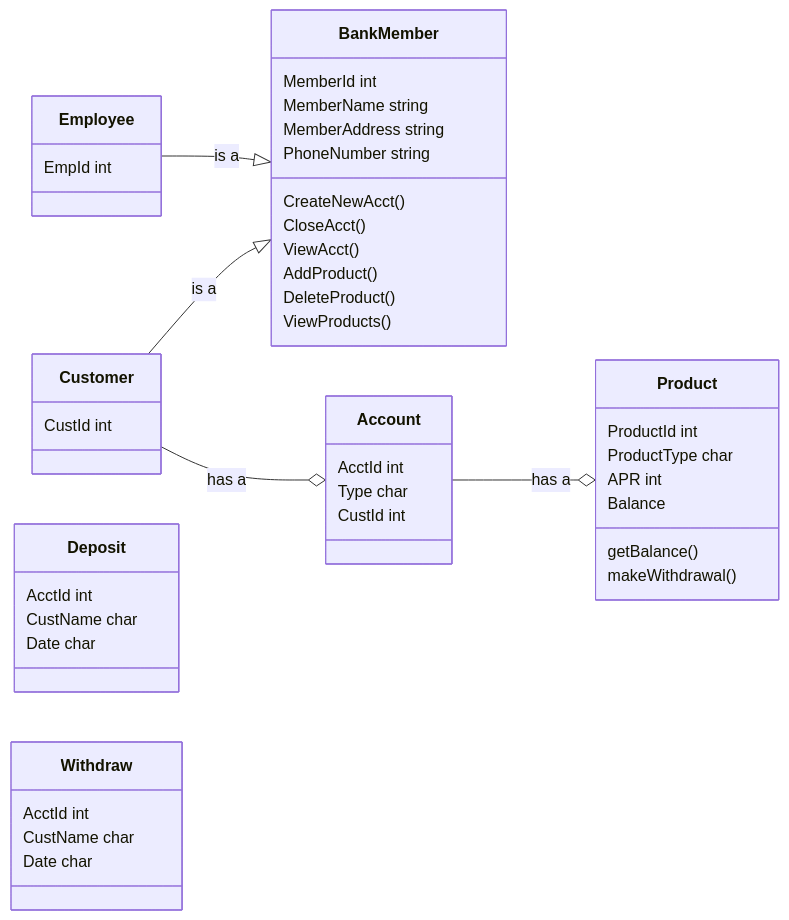
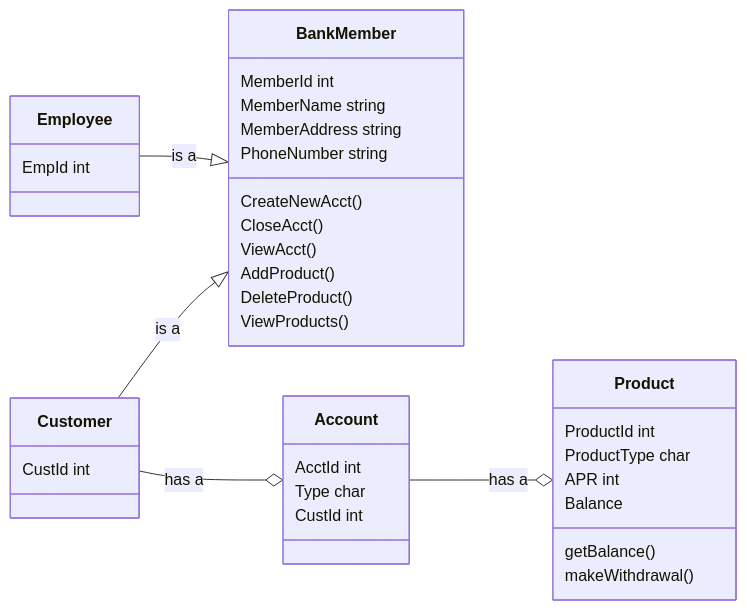
One commit to Marcus-Snell/Test changed the diagram in mermaid.md. Above: the diagram before and after it, drawn with Mermaid.

````diff
--- a/mermaid.md
+++ b/mermaid.md
@@ -1,47 +1,36 @@
 ```mermaid
 classDiagram
 direction LR
 BankMember
 BankMember : MemberId int
 BankMember : MemberName string
 BankMember : MemberAddress string
 BankMember : PhoneNumber string
 BankMember : CreateNewAcct()
 BankMember: CloseAcct()
 BankMember : ViewAcct()
 BankMember : AddProduct()
 BankMember : DeleteProduct()
 BankMember : ViewProducts()
 
 Employee --|> BankMember : is a
 Employee : EmpId int
 
 Customer --|> BankMember : is a
 Customer --o Account : has a
 Customer : CustId int
 
 Account --o Product : has a
 Account : AcctId int
 Account : Type char
 Account : CustId int
 
-Deposit
-Deposit : AcctId int
-Deposit : CustName char
-Deposit : Date char
-
-Withdraw
-Withdraw : AcctId int
-Withdraw : CustName char
-Withdraw : Date char
-
-
 Product : ProductId int
 Product : ProductType char
 Product : APR int
 Product : Balance
 Product : getBalance()
 Product : makeWithdrawal()
 
 
 ```
````
